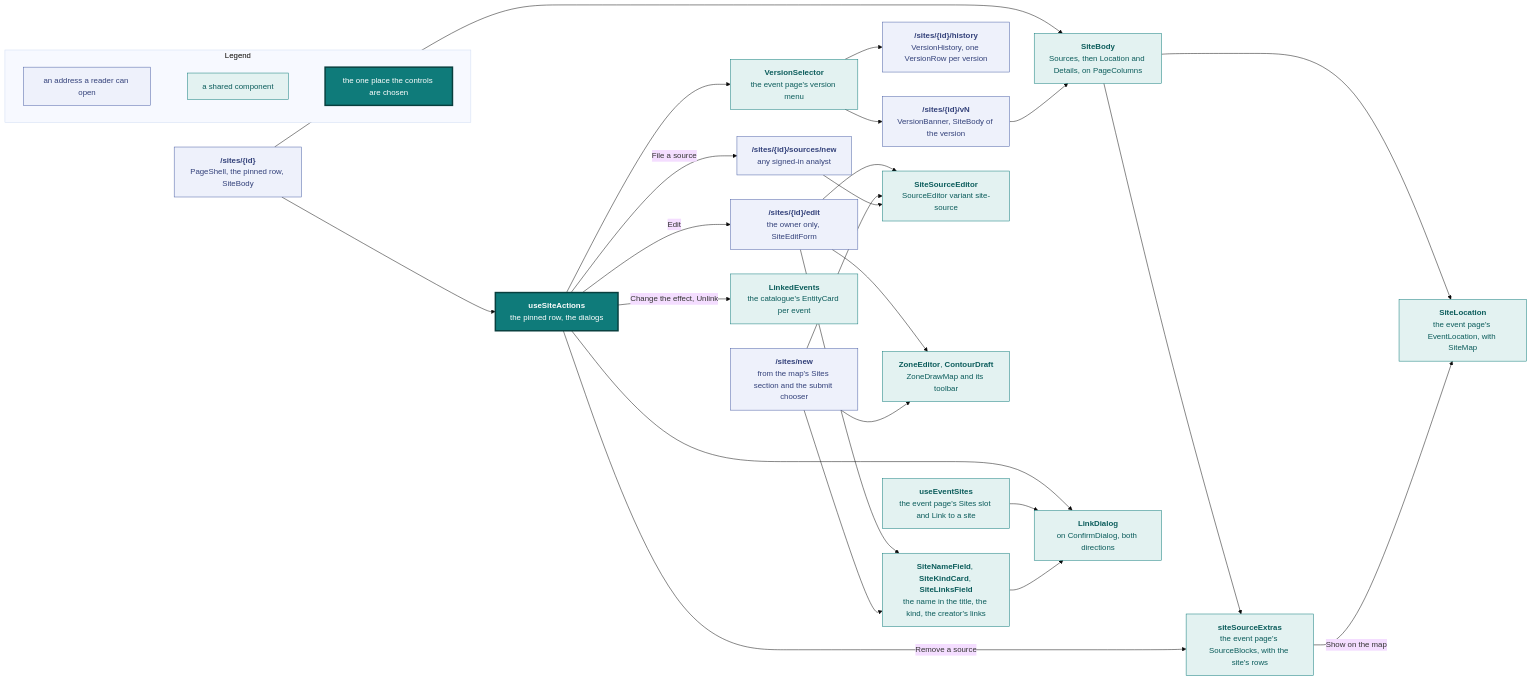
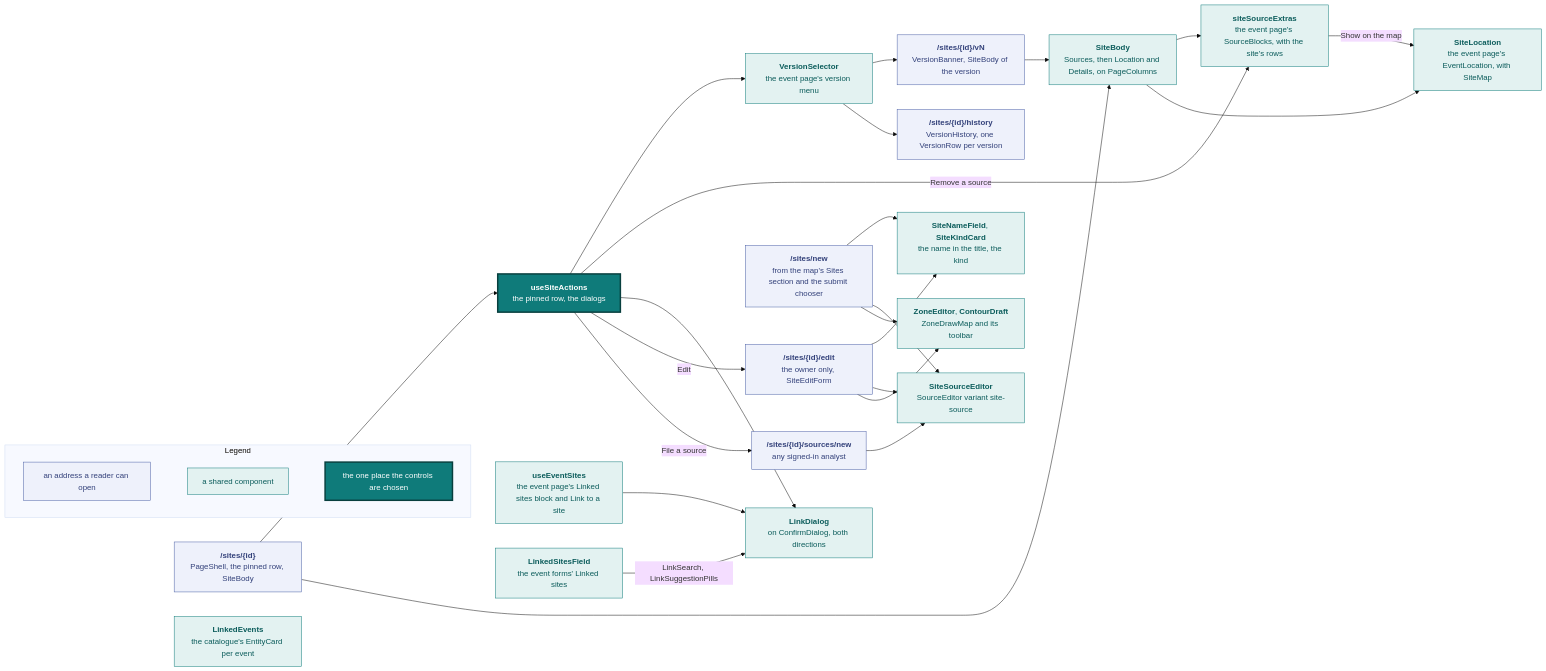
Diagram 17 of 19 in docs/design.md (vidithq/vidit), drawn with Mermaid (base theme) before and after one commit. The commit also changed other lines of this file and 32 other files, not shown here.

First line of the commit message:
feat(sites): link sites from the event, not from the site (#777)

````diff
--- a/docs/design.md
+++ b/docs/design.md
@@ -1678,73 +1680,74 @@
 ```mermaid
 flowchart LR
   classDef spec fill:#eef1fb,stroke:#4a5fa5,color:#33417a
   classDef shared fill:#e3f2f1,stroke:#0f7b7a,color:#0b5c5b
   classDef core fill:#0f7b7a,stroke:#083f3e,stroke-width:3px,color:#ffffff
 
   subgraph legend [Legend]
     direction LR
     l1["`an address a reader can open`"]:::spec
     l2["`a shared component`"]:::shared
     l3["`the one place the controls are chosen`"]:::core
     l1 ~~~ l2 ~~~ l3
   end
 
   page["`**/sites/{id}**
   PageShell, the pinned row, SiteBody`"]:::spec
   version["`**/sites/{id}/vN**
   VersionBanner, SiteBody of the version`"]:::spec
   history["`**/sites/{id}/history**
   VersionHistory, one VersionRow per version`"]:::spec
   edit["`**/sites/{id}/edit**
   the owner only, SiteEditForm`"]:::spec
   file["`**/sites/{id}/sources/new**
   any signed-in analyst`"]:::spec
   create["`**/sites/new**
   from the map's Sites section and the submit chooser`"]:::spec
   actions["`**useSiteActions**
   the pinned row, the dialogs`"]:::core
   body["`**SiteBody**
   Sources, then Location and Details, on PageColumns`"]:::shared
   selector["`**VersionSelector**
   the event page's version menu`"]:::shared
   card["`**siteSourceExtras**
   the event page's SourceBlocks, with the site's rows`"]:::shared
   zone["`**SiteLocation**
   the event page's EventLocation, with SiteMap`"]:::shared
   linked["`**LinkedEvents**
   the catalogue's EntityCard per event`"]:::shared
   dialog["`**LinkDialog**
   on ConfirmDialog, both directions`"]:::shared
-  fields["`**SiteNameField**, **SiteKindCard**, **SiteLinksField**
-  the name in the title, the kind, the creator's links`"]:::shared
+  fields["`**SiteNameField**, **SiteKindCard**
+  the name in the title, the kind`"]:::shared
   sourceEd["`**SiteSourceEditor**
   SourceEditor variant site-source`"]:::shared
   zoneed["`**ZoneEditor**, **ContourDraft**
   ZoneDrawMap and its toolbar`"]:::shared
   event["`**useEventSites**
-  the event page's Sites slot and Link to a site`"]:::shared
+  the event page's Linked sites block and Link to a site`"]:::shared
+  eventform["`**LinkedSitesField**
+  the event forms' Linked sites`"]:::shared
 
   page --> actions
   page --> body
   version --> body
   body --> card
   body --> zone
   card -->|"Show on the map"| zone
   actions --> selector
-  actions -->|"Change the effect, Unlink"| linked
   actions -->|"Remove a source"| card
   actions --> dialog
   event --> dialog
+  eventform -->|"LinkSearch, LinkSuggestionPills"| dialog
   selector --> version
   selector --> history
   actions -->|"Edit"| edit
   actions -->|"File a source"| file
   edit --> fields
   edit --> sourceEd
   edit --> zoneed
   create --> fields
   create --> sourceEd
   create --> zoneed
-  fields --> dialog
   file --> sourceEd
 ```
````
